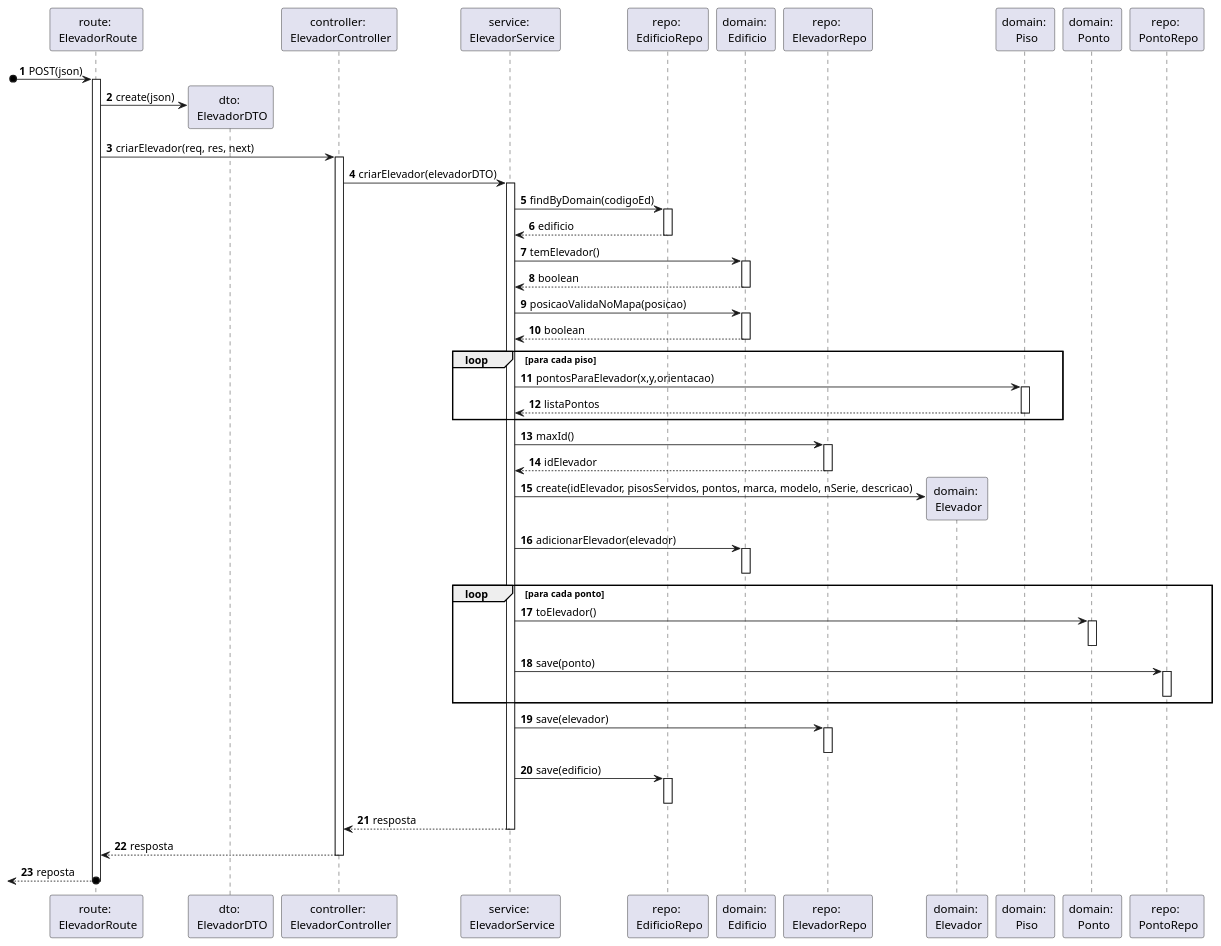
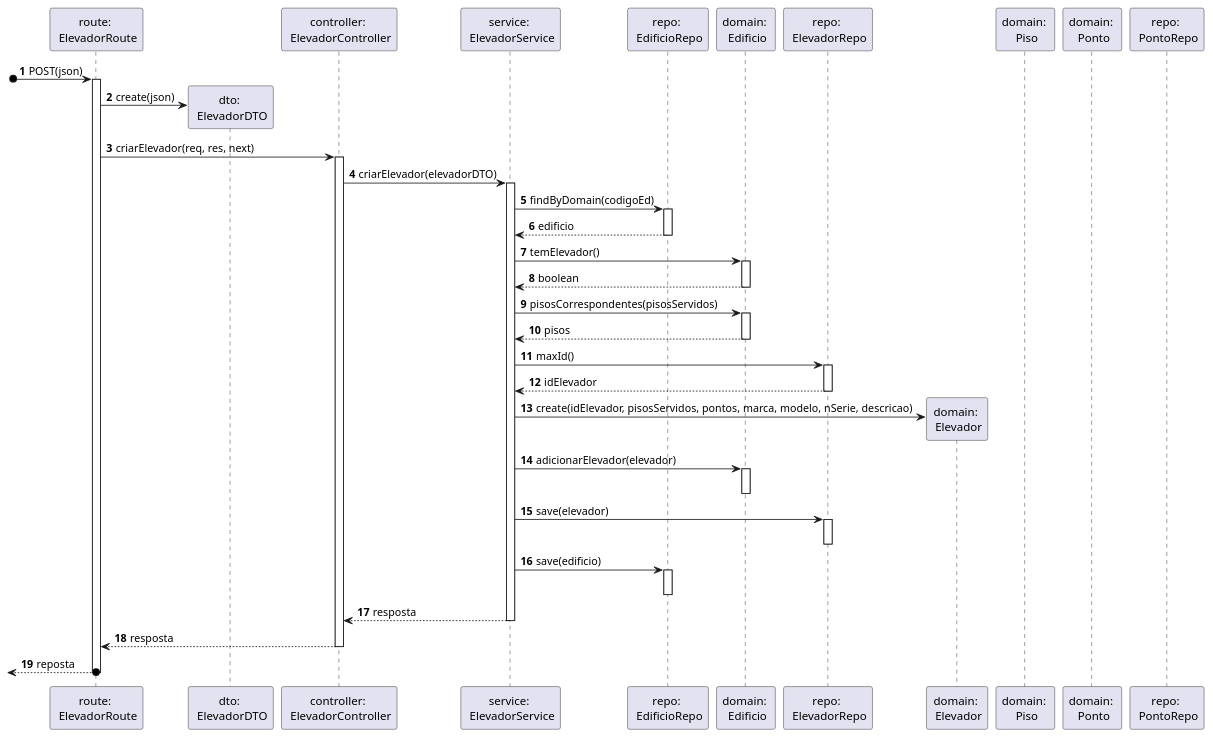
The diagram in docs/Sprint_A/US_270/N3/N3_VP.puml (SEM5PI2324G58/sem5pi_g58_23_24), drawn with PlantUML before and after one commit. The commit also changed 6 other files, not shown here.

Commit message:
[US270][Design] Atualização dos diagramas da VP e coreção do .md

```diff
--- a/docs/Sprint_A/US_270/N3/N3_VP.puml
+++ b/docs/Sprint_A/US_270/N3/N3_VP.puml
@@ -1,60 +1,47 @@
 autonumber
 
 participant "route: \n ElevadorRoute" as route
 participant "dto: \n ElevadorDTO" as dto
 participant "controller: \n ElevadorController" as ctrl
 participant "service: \n ElevadorService" as service
 participant "repo: \n EdificioRepo" as edRepo
 participant "domain: \n Edificio" as edificio
 participant "repo: \n ElevadorRepo" as eleRepo
 participant "domain: \n Elevador" as elevador
 participant "domain: \n Piso" as Piso
 participant "domain: \n Ponto" as ponto
 participant "repo: \n PontoRepo" as pRepo
 
 
 [o-> route: POST(json)
 activate route
 route -> dto ** : create(json)
 route -> ctrl: criarElevador(req, res, next)
 activate ctrl
 ctrl -> service: criarElevador(elevadorDTO) 
 activate service
 service -> edRepo: findByDomain(codigoEd)
 activate edRepo
 return edificio
 service -> edificio : temElevador()
 activate edificio
 return boolean
-service -> edificio : posicaoValidaNoMapa(posicao)
+service -> edificio : pisosCorrespondentes(pisosServidos)
 activate edificio
-return boolean
-loop para cada piso
-service -> Piso : pontosParaElevador(x,y,orientacao)
-activate Piso
-return listaPontos
-end loop para cada piso
+return pisos
 service -> eleRepo: maxId()
 activate eleRepo
 return idElevador
 service -> elevador ** : create(idElevador, pisosServidos, pontos, marca, modelo, nSerie, descricao)
 service -> edificio: adicionarElevador(elevador)
 activate edificio
 deactivate edificio
-loop para cada ponto 
-service -> ponto: toElevador()
-activate ponto
-deactivate ponto
-service -> pRepo: save(ponto)
-activate pRepo
-deactivate pRepo
-end loop
 service -> eleRepo: save(elevador)
 activate eleRepo
 deactivate eleRepo
 service -> edRepo: save(edificio)
 activate edRepo
 deactivate edRepo
 return resposta
 return resposta
 return reposta
```
